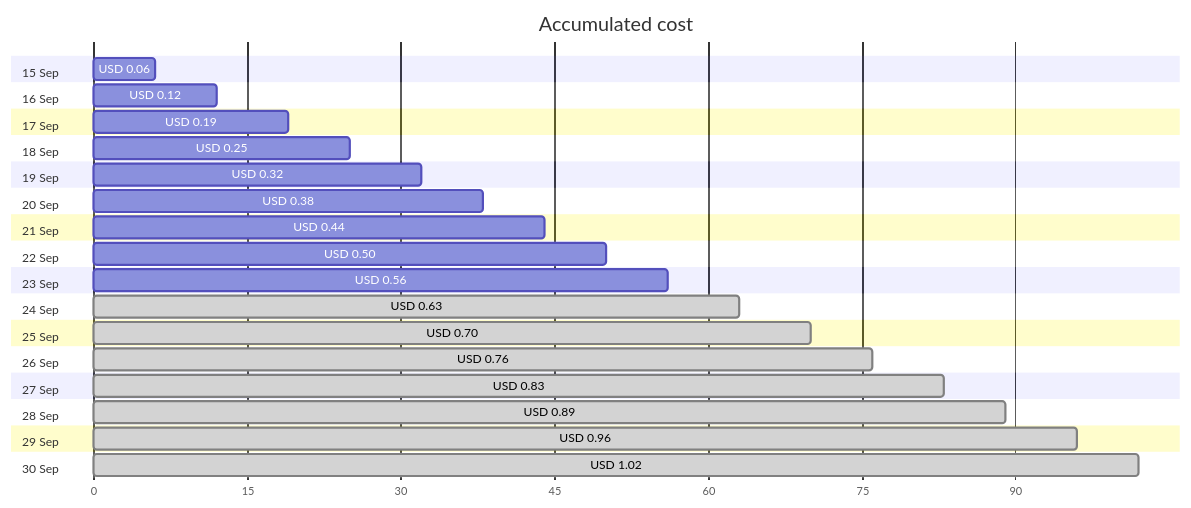
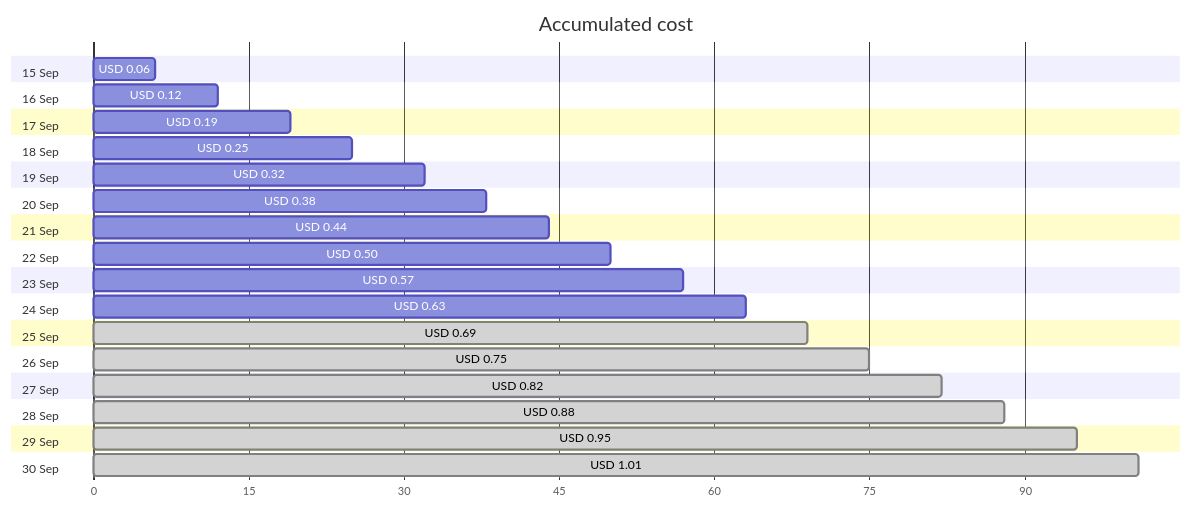
Before and after one commit to jpfulton/azure-personal-reports: the first of 4 diagrams in cost-reports/personal-network/vpn-server_OsDisk.md, drawn with Mermaid. The commit also changed other lines of this file and 9 other files, not shown here.

````diff
--- a/cost-reports/personal-network/vpn-server_OsDisk.md
+++ b/cost-reports/personal-network/vpn-server_OsDisk.md
@@ -20,38 +20,38 @@
 ```mermaid
 gantt
    title Accumulated cost
    dateFormat  X
    axisFormat %s
    section 15 Sep
    USD 0.06 :0, 6
    section 16 Sep
    USD 0.12 :0, 12
    section 17 Sep
    USD 0.19 :0, 19
    section 18 Sep
    USD 0.25 :0, 25
    section 19 Sep
    USD 0.32 :0, 32
    section 20 Sep
    USD 0.38 :0, 38
    section 21 Sep
    USD 0.44 :0, 44
    section 22 Sep
    USD 0.50 :0, 50
    section 23 Sep
-   USD 0.56 :0, 56
+   USD 0.57 :0, 57
    section 24 Sep
-   USD 0.63 : done, 0, 63
+   USD 0.63 :0, 63
    section 25 Sep
-   USD 0.70 : done, 0, 70
+   USD 0.69 : done, 0, 69
    section 26 Sep
-   USD 0.76 : done, 0, 76
+   USD 0.75 : done, 0, 75
    section 27 Sep
-   USD 0.83 : done, 0, 83
+   USD 0.82 : done, 0, 82
    section 28 Sep
-   USD 0.89 : done, 0, 89
+   USD 0.88 : done, 0, 88
    section 29 Sep
-   USD 0.96 : done, 0, 96
+   USD 0.95 : done, 0, 95
    section 30 Sep
-   USD 1.02 : done, 0, 102
+   USD 1.01 : done, 0, 101
 ```
````
